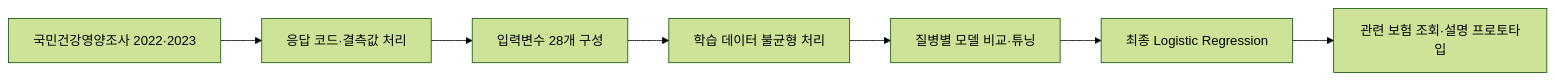
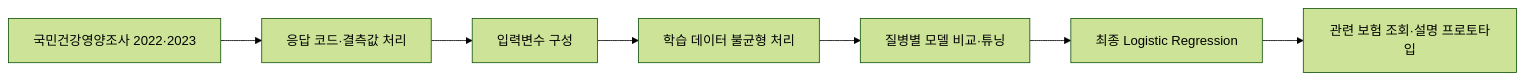
One commit to flyiing-squirrel/Portfolio changed the diagram in projects/fintech-insurance-recommendation.md. Above: the diagram before and after it, drawn with Mermaid (forest theme). The commit also changed other lines of this file and 12 other files, not shown here.

````diff
--- a/projects/fintech-insurance-recommendation.md
+++ b/projects/fintech-insurance-recommendation.md
@@ -38,9 +38,9 @@
 ```mermaid
 flowchart LR
     A[국민건강영양조사 2022·2023] --> B[응답 코드·결측값 처리]
-    B --> C[입력변수 28개 구성]
+    B --> C[입력변수 구성]
     C --> D[학습 데이터 불균형 처리]
     D --> E[질병별 모델 비교·튜닝]
     E --> F[최종 Logistic Regression]
     F --> G[관련 보험 조회·설명 프로토타입]
 ```
````
